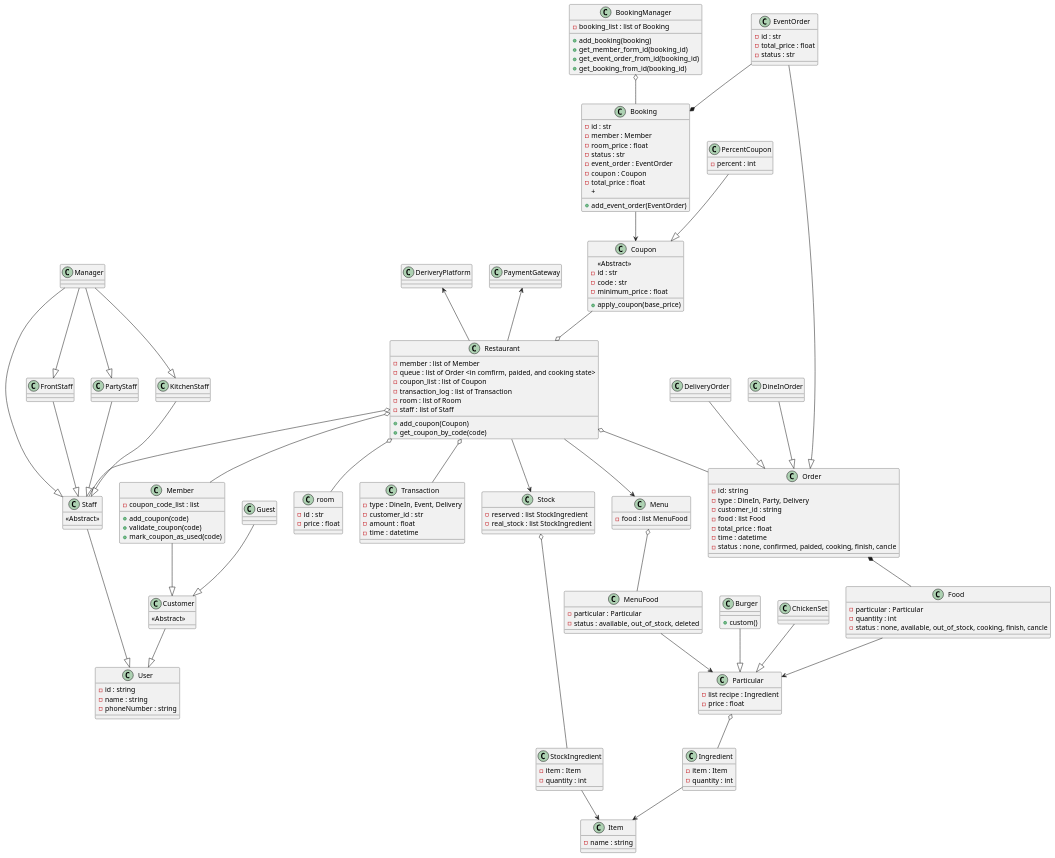
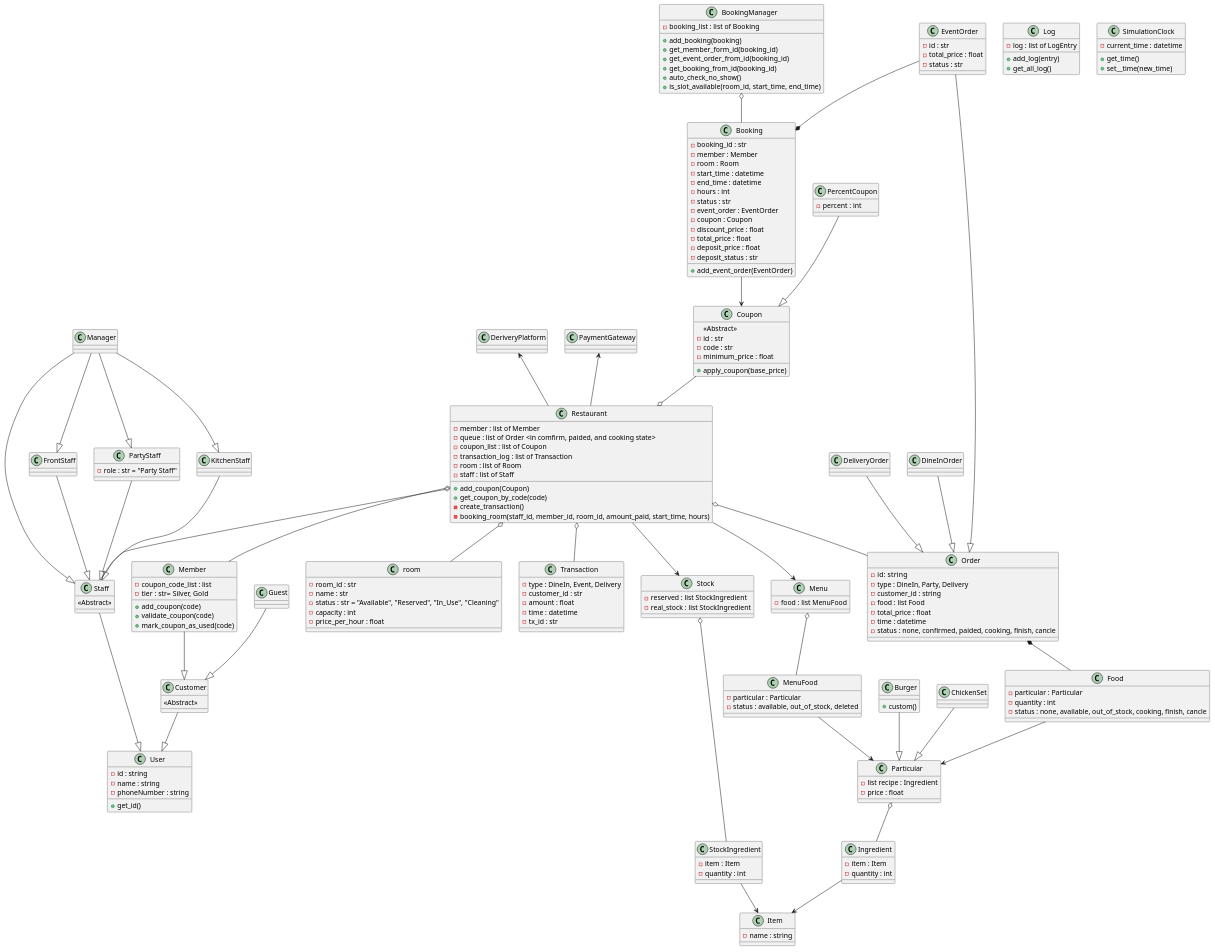
One commit to twrrippy/knight-chicken-oop changed the diagram in shared/doc/class_diagram.puml. Above: the diagram before and after it, drawn with PlantUML.

Commit message:
Enhance class diagram with new attributes and methods for Restaurant, Booking, and Room classes

```diff
--- a/shared/doc/class_diagram.puml
+++ b/shared/doc/class_diagram.puml
@@ -9,6 +9,8 @@
     - staff : list of Staff
     + add_coupon(Coupon)
     + get_coupon_by_code(code)
+    - create_transaction()
+    - booking_room(staff_id, member_id, room_id, amount_paid, start_time, hours)
 }
 Customer --|> User
 Staff --|> User
@@ -16,6 +18,7 @@
     -id : string
     -name : string
     -phoneNumber : string
+    + get_id()
 }
 Restaurant o-- Member
 Member--|>Customer
@@ -28,6 +31,7 @@
 }
 class Member{
     - coupon_code_list : list
+    - tier : str= Silver, Gold
     + add_coupon(code)
     + validate_coupon(code)
     + mark_coupon_as_used(code)
@@ -48,7 +52,7 @@
     
 }
 class PartyStaff{
-    
+    - role : str = "Party Staff"
 }
 class KitchenStaff{
     
@@ -144,8 +148,11 @@
 
 Coupon --o Restaurant
 class room{
-    - id : str
-    - price : float
+    - room_id : str
+    - name : str
+    - status : str = "Available", "Reserved", "In_Use", "Cleaning"
+    - capacity : int
+    - price_per_hour : float
 }
 Restaurant o-- room
 class BookingManager{
@@ -154,17 +161,24 @@
     + get_member_form_id(booking_id)
     + get_event_order_from_id(booking_id)
     + get_booking_from_id(booking_id)
+    + auto_check_no_show()
+    + is_slot_available(room_id, start_time, end_time)
 }
 class Booking{
-    - id : str
+    - booking_id : str
     - member : Member
-    - room_price : float
+    - room : Room
+    - start_time : datetime
+    - end_time : datetime
+    - hours : int
     - status : str
     - event_order : EventOrder
     - coupon : Coupon
+    - discount_price : float
     - total_price : float
+    - deposit_price : float
+    - deposit_status : str
     + add_event_order(EventOrder)
-    +
 }
 class Coupon{
     <<Abstract>>
@@ -191,6 +205,19 @@
     - customer_id : str
     - amount : float
     - time : datetime
+    - tx_id : str
+}
+
+class Log{
+    - log : list of LogEntry
+    + add_log(entry)
+    + get_all_log()
+}
+
+class SimulationClock{
+    - current_time : datetime
+    + get_time()
+    + set__time(new_time)
 }
 
 @enduml
```
